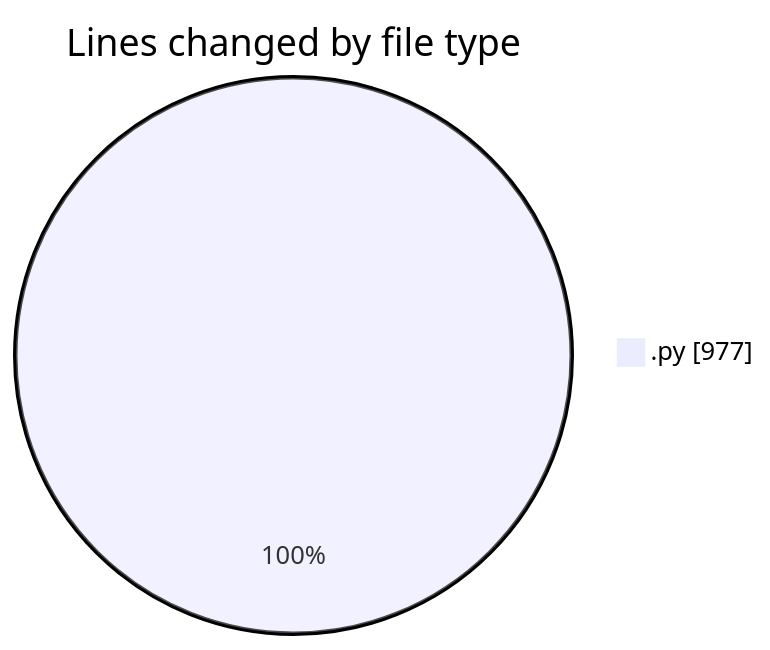
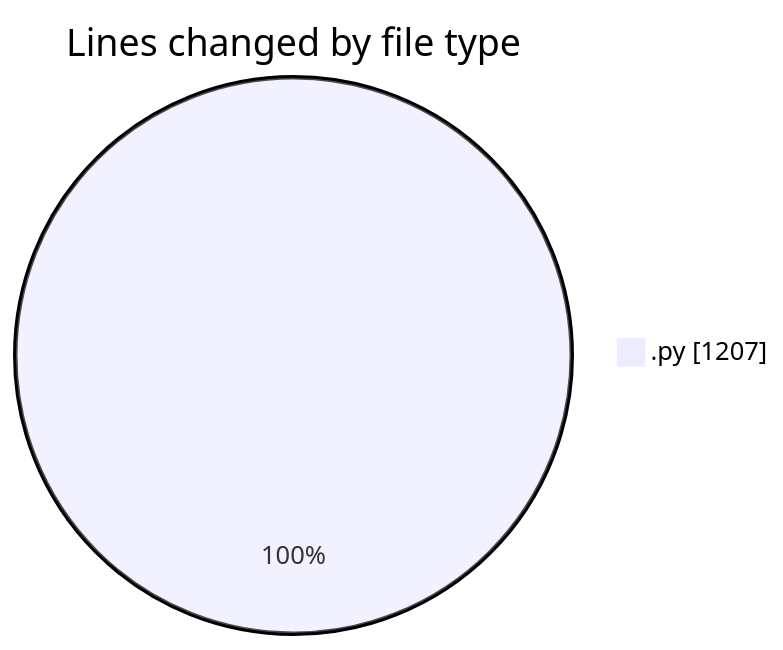
Before and after one commit to FelipKnott/code-tracking: the first of 2 diagrams in 2025-07-03/cursor/README.md, drawn with Mermaid. The commit also changed other lines of this file and 1 other file, not shown here.

````diff
--- a/2025-07-03/cursor/README.md
+++ b/2025-07-03/cursor/README.md
@@ -27,5 +27,5 @@
 ```mermaid
 pie showData
 title Lines changed by file type
-".py" : 977
+".py" : 1207
 ```
````
